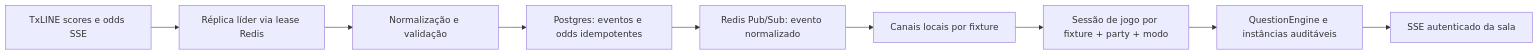
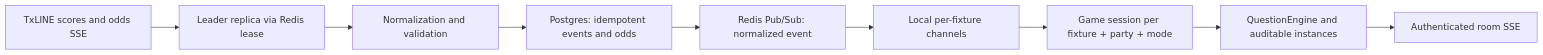
The diagram in docs/live-architecture.md (viniciomendesr/palpitei-v1), drawn with Mermaid before and after one commit. The commit also changed other lines of this file and 4 other files, not shown here.

````diff
--- a/docs/live-architecture.md
+++ b/docs/live-architecture.md
@@ -23,11 +24,11 @@
 ```mermaid
 flowchart LR
-  A["TxLINE scores e odds SSE"] --> B["Réplica líder via lease Redis"]
-  B --> C["Normalização e validação"]
-  C --> D["Postgres: eventos e odds idempotentes"]
-  D --> P["Redis Pub/Sub: evento normalizado"]
-  P --> E["Canais locais por fixture"]
-  E --> F["Sessão de jogo por fixture + party + modo"]
-  F --> G["QuestionEngine e instâncias auditáveis"]
-  G --> H["SSE autenticado da sala"]
+  A["TxLINE scores and odds SSE"] --> B["Leader replica via Redis lease"]
+  B --> C["Normalization and validation"]
+  C --> D["Postgres: idempotent events and odds"]
+  D --> P["Redis Pub/Sub: normalized event"]
+  P --> E["Local per-fixture channels"]
+  E --> F["Game session per fixture + party + mode"]
+  F --> G["QuestionEngine and auditable instances"]
+  G --> H["Authenticated room SSE"]
 ```
````
